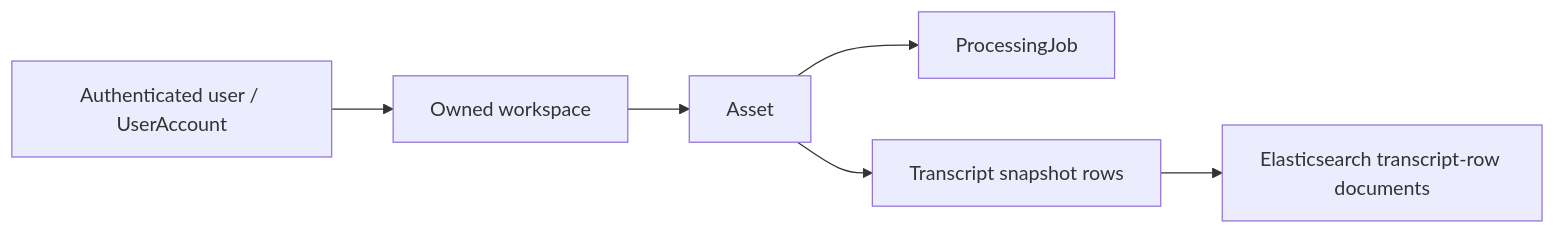
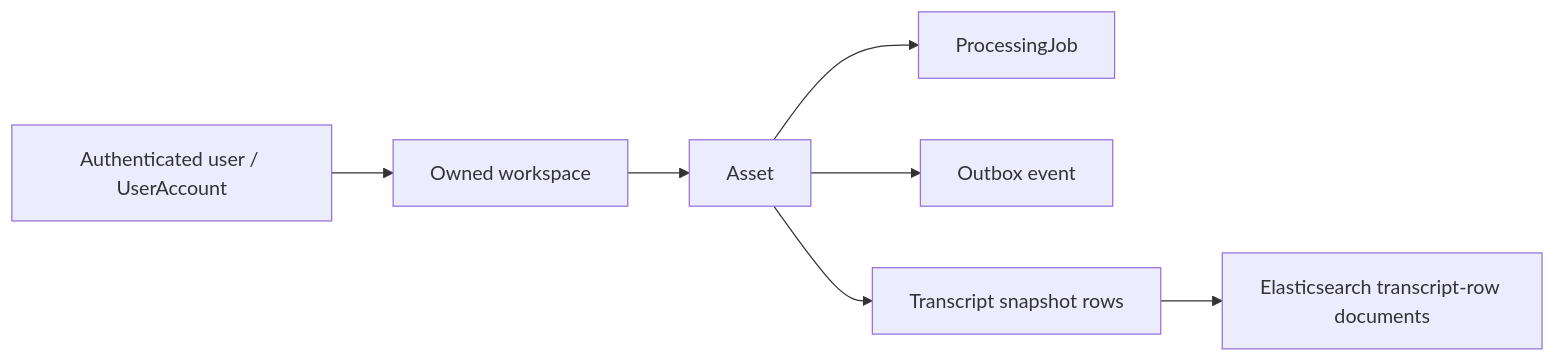
The second of 2 diagrams in docs/data/Database.md (quangducnguyen1205/ai-knowledge-workspace), drawn with Mermaid before and after one commit. The commit also changed other lines of this file and 17 other files, not shown here.

````diff
--- a/docs/data/Database.md
+++ b/docs/data/Database.md
@@ -84,8 +99,9 @@
 ```mermaid
 flowchart LR
     U["Authenticated user / UserAccount"] --> W["Owned workspace"]
     W --> A["Asset"]
     A --> J["ProcessingJob"]
+    A --> O["Outbox event"]
     A --> T["Transcript snapshot rows"]
     T --> E["Elasticsearch transcript-row documents"]
 ```
````
